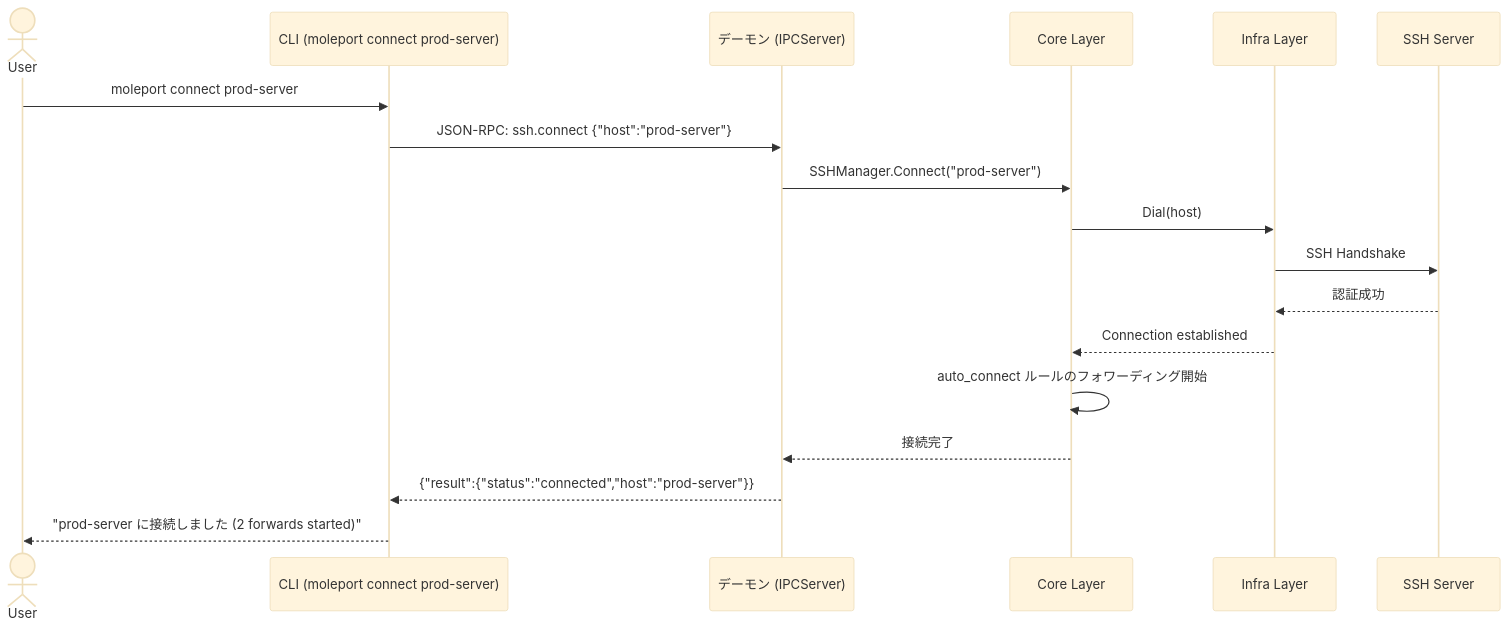
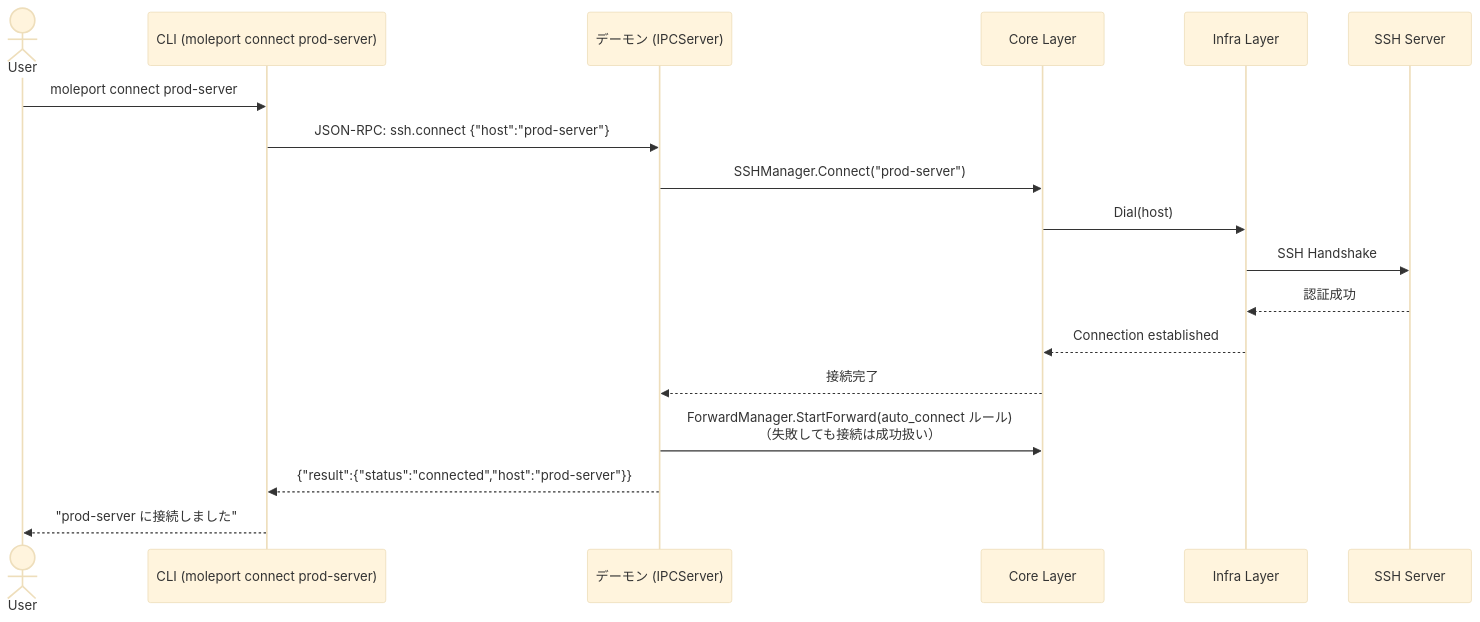
Before and after one commit to ousiassllc/MolePort: the tenth of 23 diagrams in docs/architecture/overview.md, drawn with Mermaid (base theme). The commit also changed other lines of this file and 6 other files, not shown here.

First line of the commit message:
fix: ssh.connect で auto_connect ルールを開始する (#118)

````diff
--- a/docs/architecture/overview.md
+++ b/docs/architecture/overview.md
@@ -699,21 +699,21 @@
 ```mermaid
 sequenceDiagram
     actor User
     participant CLI as CLI (moleport connect prod-server)
     participant Daemon as デーモン (IPCServer)
     participant Core as Core Layer
     participant Infra as Infra Layer
     participant Remote as SSH Server
 
     User->>CLI: moleport connect prod-server
     CLI->>Daemon: JSON-RPC: ssh.connect {"host":"prod-server"}
     Daemon->>Core: SSHManager.Connect("prod-server")
     Core->>Infra: Dial(host)
     Infra->>Remote: SSH Handshake
     Remote-->>Infra: 認証成功
     Infra-->>Core: Connection established
-    Core->>Core: auto_connect ルールのフォワーディング開始
     Core-->>Daemon: 接続完了
+    Daemon->>Core: ForwardManager.StartForward(auto_connect ルール)<br/>（失敗しても接続は成功扱い）
     Daemon-->>CLI: {"result":{"status":"connected","host":"prod-server"}}
-    CLI-->>User: "prod-server に接続しました (2 forwards started)"
+    CLI-->>User: "prod-server に接続しました"
 ```
````
